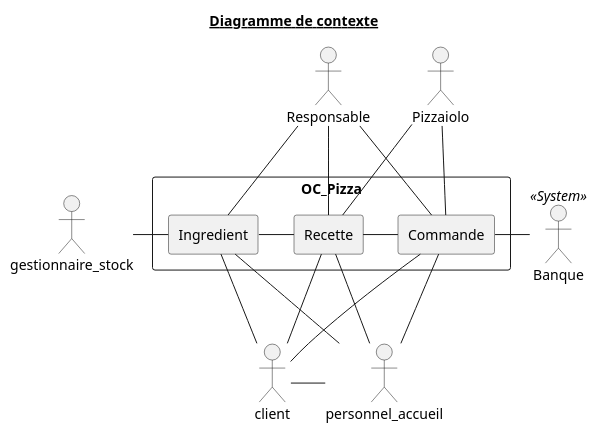
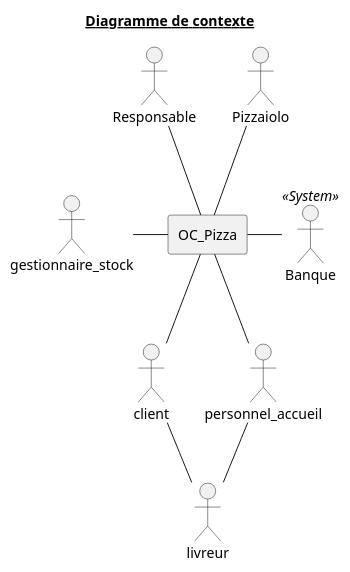
One commit to Zepmanbc/oc_dapython_pr4 changed the diagram in doc/uml/1_contextDiagram.puml. Above: the diagram before and after it, drawn with PlantUML. The commit also changed 15 other files, not shown here.

Commit message:
rename and remove some diagrams

```diff
--- a/doc/uml/1_contextDiagram.puml
+++ b/doc/uml/1_contextDiagram.puml
@@ -1,52 +1,40 @@
 @startuml 1_contextDiagram
 title <u> Diagramme de contexte</u>
 ' left to right direction
 ' top to bottom direction
 
 rectangle OC_Pizza {
-    rectangle Commande AS CMD
-    rectangle Recette AS RECIPE
-    rectangle Ingredient AS ITEM
 }
 
 actor Responsable as RESP
 actor Pizzaiolo as PIZLO
 
 actor Banque <<System>> as BANK
-
+actor livreur as DELIVER
 actor client as CUSTOMER
 actor personnel_accueil as ACCUEIL
 
 
 actor gestionnaire_stock as GEST
 
 
-GEST -r- ITEM
+GEST - OC_Pizza
 
-CMD - RECIPE
-RECIPE - ITEM
+RESP -- OC_Pizza
 
-RESP -- RECIPE
-RESP -- ITEM
-RESP -- CMD
+PIZLO -- OC_Pizza
 
-PIZLO -- RECIPE
-PIZLO -- CMD
+OC_Pizza - BANK
 
 
-CMD - BANK
+OC_Pizza -- CUSTOMER
+OC_Pizza -- ACCUEIL
+CUSTOMER -- DELIVER
+ACCUEIL -- DELIVER
 
-
-CMD -- CUSTOMER
-CMD -- ACCUEIL
-RECIPE -- CUSTOMER
-RECIPE -- ACCUEIL
-CUSTOMER - ACCUEIL
-ITEM -- CUSTOMER
-ITEM -- ACCUEIL
 
 
 
 
 
 @enduml
```
